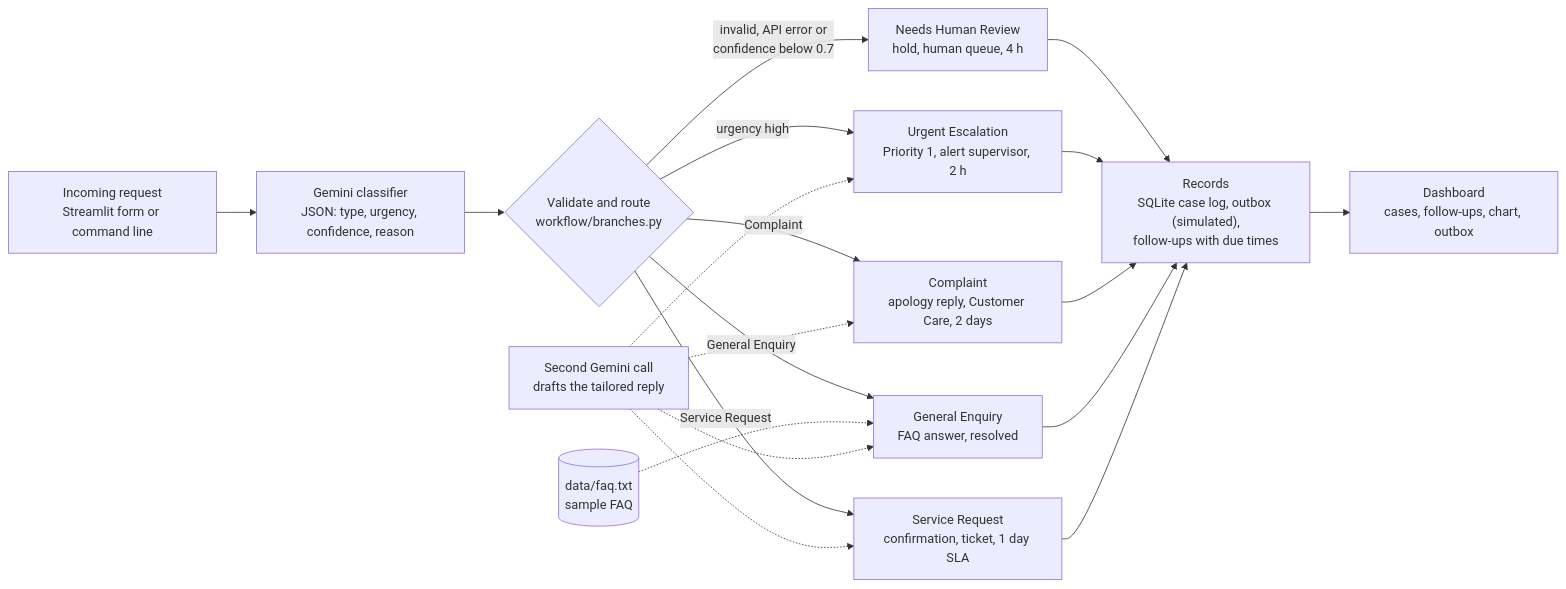
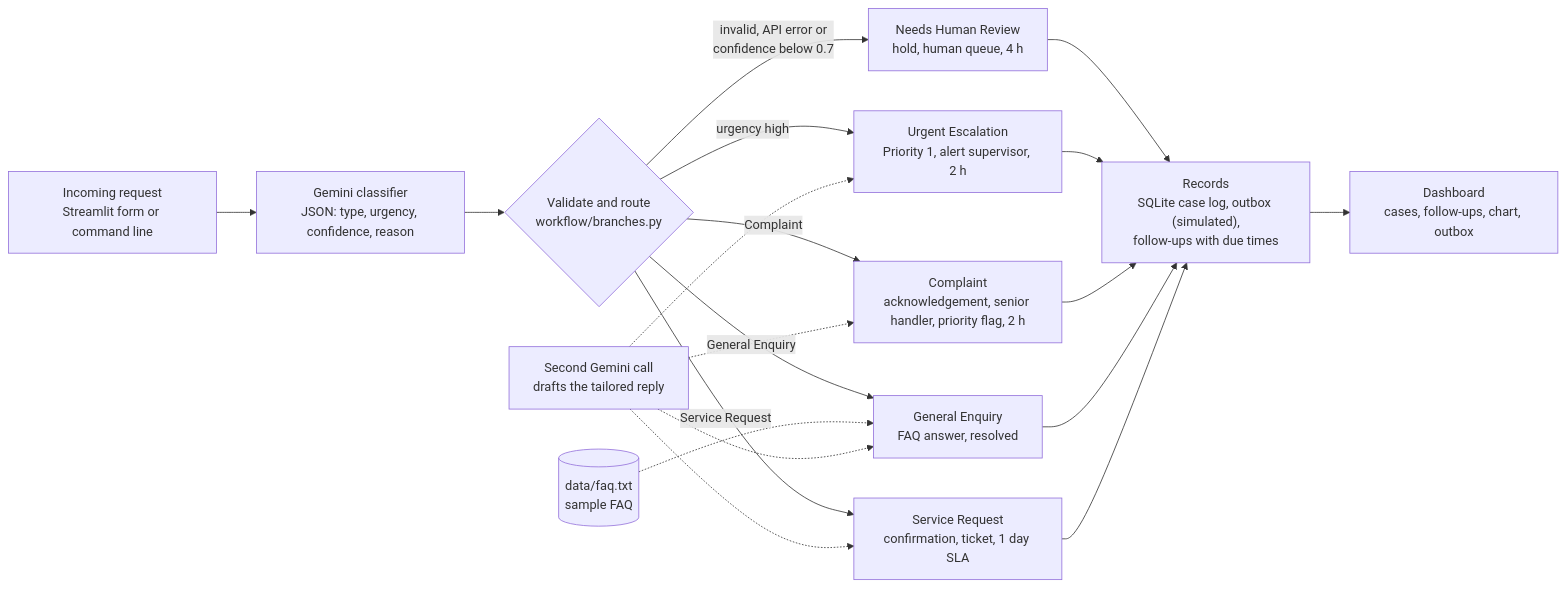
Before and after one commit to ShibilaThangavelu/request_workflow: the diagram in README.md, drawn with Mermaid. The commit also changed other lines of this file and 10 other files, not shown here.

````diff
--- a/README.md
+++ b/README.md
@@ -7,21 +7,21 @@
 ```mermaid
 flowchart LR
     A["Incoming request<br/>Streamlit form or command line"] --> B["Gemini classifier<br/>JSON: type, urgency, confidence, reason"]
     B --> C{"Validate and route<br/>workflow/branches.py"}
     C -->|"invalid, API error or<br/>confidence below 0.7"| H["Needs Human Review<br/>hold, human queue, 4 h"]
     C -->|"urgency high"| U["Urgent Escalation<br/>Priority 1, alert supervisor, 2 h"]
-    C -->|"Complaint"| CO["Complaint<br/>apology reply, Customer Care, 2 days"]
+    C -->|"Complaint"| CO["Complaint<br/>acknowledgement, senior handler, priority flag, 2 h"]
     C -->|"General Enquiry"| E["General Enquiry<br/>FAQ answer, resolved"]
     C -->|"Service Request"| S["Service Request<br/>confirmation, ticket, 1 day SLA"]
     H --> R
     U --> R
     CO --> R
     E --> R
     S --> R
     R["Records<br/>SQLite case log, outbox (simulated),<br/>follow-ups with due times"] --> D["Dashboard<br/>cases, follow-ups, chart, outbox"]
     F[("data/faq.txt<br/>sample FAQ")] -.-> E
     G["Second Gemini call<br/>drafts the tailored reply"] -.-> CO
     G -.-> S
     G -.-> U
     G -.-> E
 ```
````
